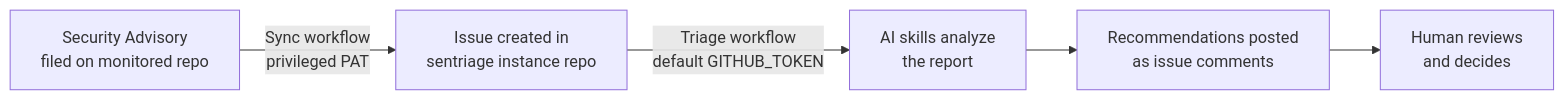
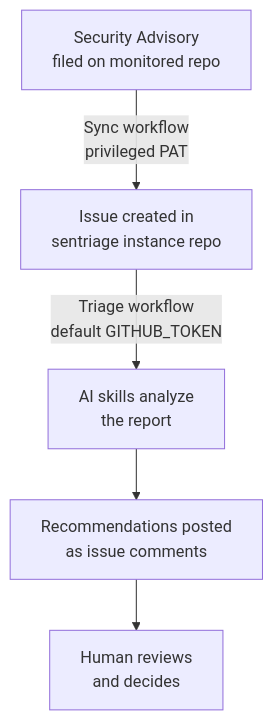
The first of 2 diagrams in README.md (russellb/sentriage), drawn with Mermaid before and after one commit.

Commit message:
docs: render overview diagram vertically for readability

````diff
--- a/README.md
+++ b/README.md
@@ -48,7 +48,7 @@
 ```mermaid
-graph LR
+graph TD
     A[Security Advisory<br>filed on monitored repo] -->|Sync workflow<br>privileged PAT| B[Issue created in<br>sentriage instance repo]
     B -->|Triage workflow<br>default GITHUB_TOKEN| C[AI skills analyze<br>the report]
     C --> D[Recommendations posted<br>as issue comments]
     D --> E[Human reviews<br>and decides]
 ```
````
